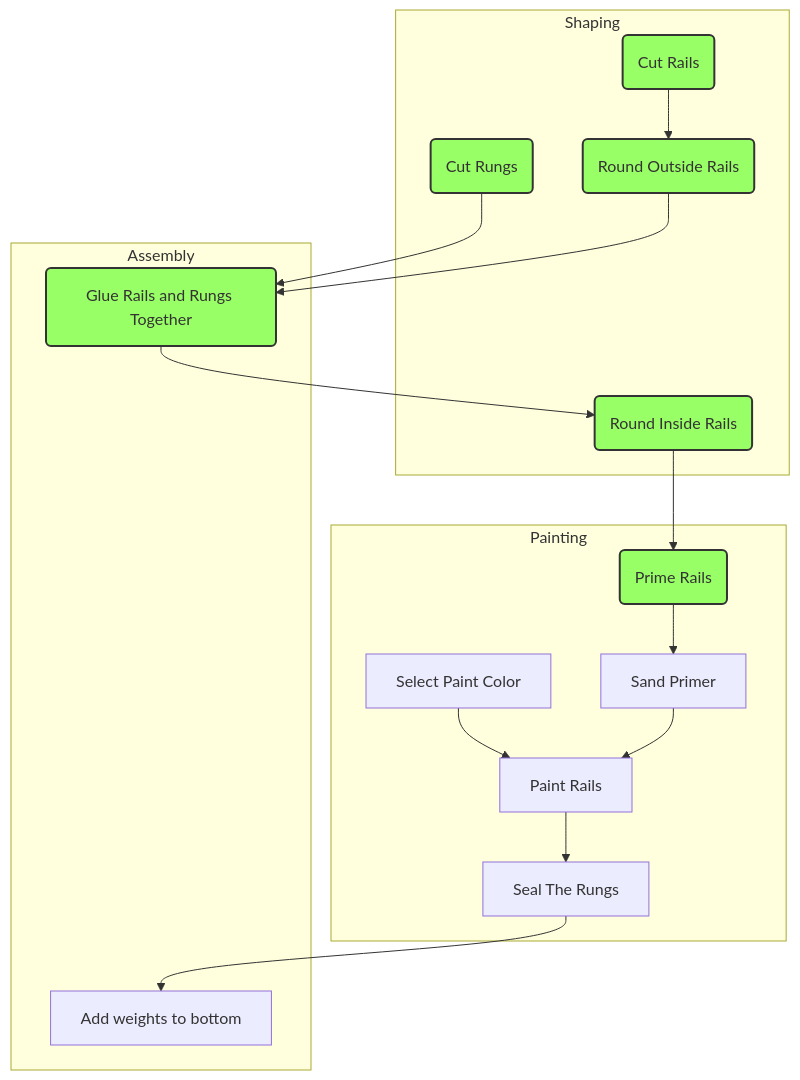
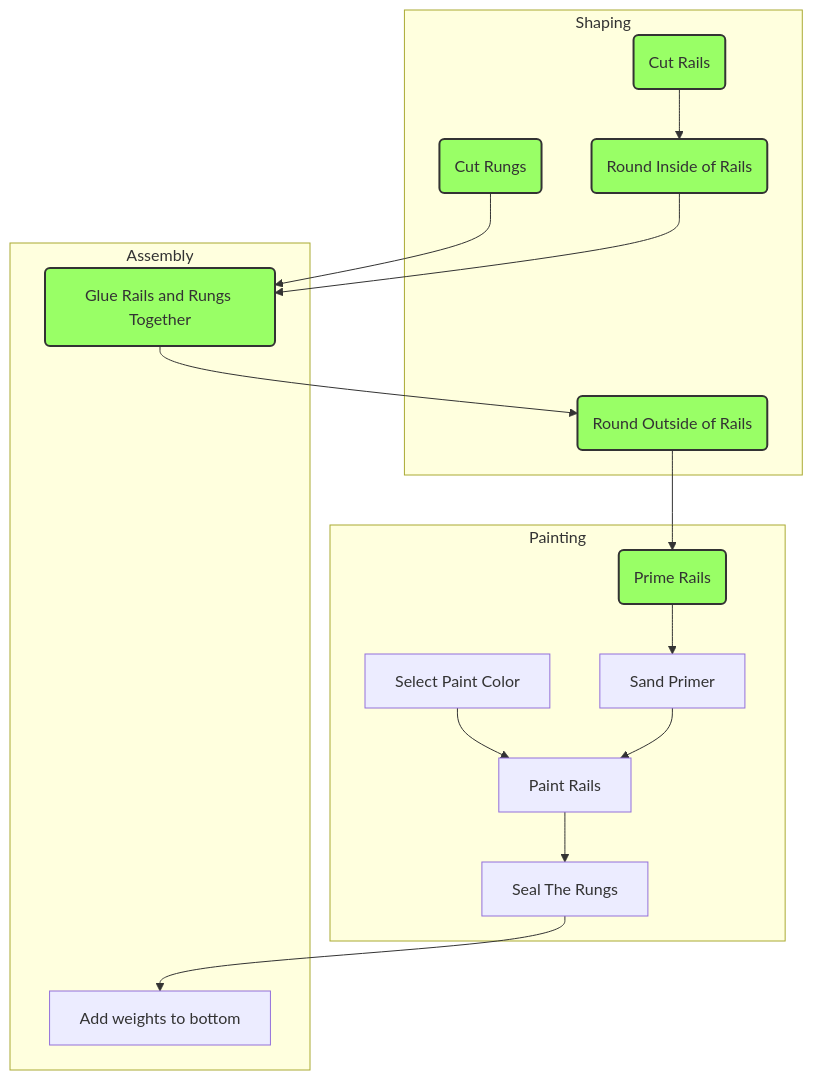
Before and after one commit to matthewfcarlson/matthewfcarlson.github.io: the diagram in content/projects/blanket-ladder/index.md, drawn with Mermaid. The commit also changed other lines of this file and 2 other files, not shown here.

Commit message:
made whole thing wider and hide mermaid on mobile

```diff
--- a/content/projects/blanket-ladder/index.md
+++ b/content/projects/blanket-ladder/index.md
@@ -14,34 +13,34 @@
 {{<mermaid>}}
 flowchart TD
   %% what's done %%
   classDef done fill:#9f6,stroke:#333,stroke-width:2px;
   %% items %%
   subgraph Shaping
     s_rungs("Cut Rungs"):::done
     s_rails("Cut Rails"):::done
-    s_route_outside("Round Outside Rails"):::done
-    s_route_inside("Round Inside Rails"):::done
+    s_route_outside("Round Outside of Rails"):::done
+    s_route_inside("Round Inside of Rails"):::done
   end
   subgraph Painting
     p_select["Select Paint Color"]
     p_prime("Prime Rails"):::done
     p_paint["Paint Rails"]
     p_sand["Sand Primer"]
     p_seal["Seal The Rungs"]
   end
   subgraph Assembly
     a_glue("Glue Rails and Rungs Together"):::done
     a_weights["Add weights to bottom"]
   end
   %% sequence %%
     s_rungs-->a_glue
-    s_route_outside-->a_glue
-    s_rails-->s_route_outside
-    a_glue-->s_route_inside
-    s_route_inside-->p_prime
+    s_route_inside-->a_glue
+    s_rails-->s_route_inside
+    a_glue-->s_route_outside
+    s_route_outside-->p_prime
     p_select-->p_paint
     p_prime-->p_sand
     p_sand-->p_paint
     p_paint-->p_seal
     p_seal-->a_weights
 {{</mermaid>}}
```
